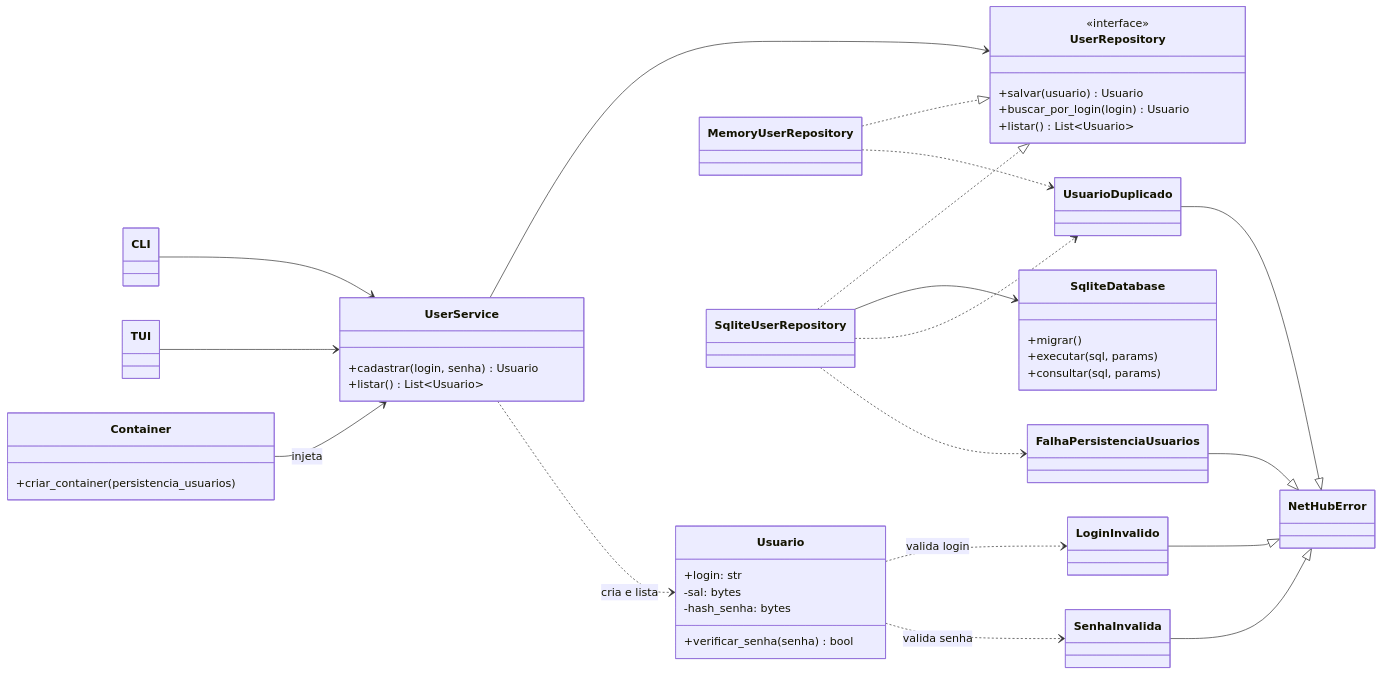
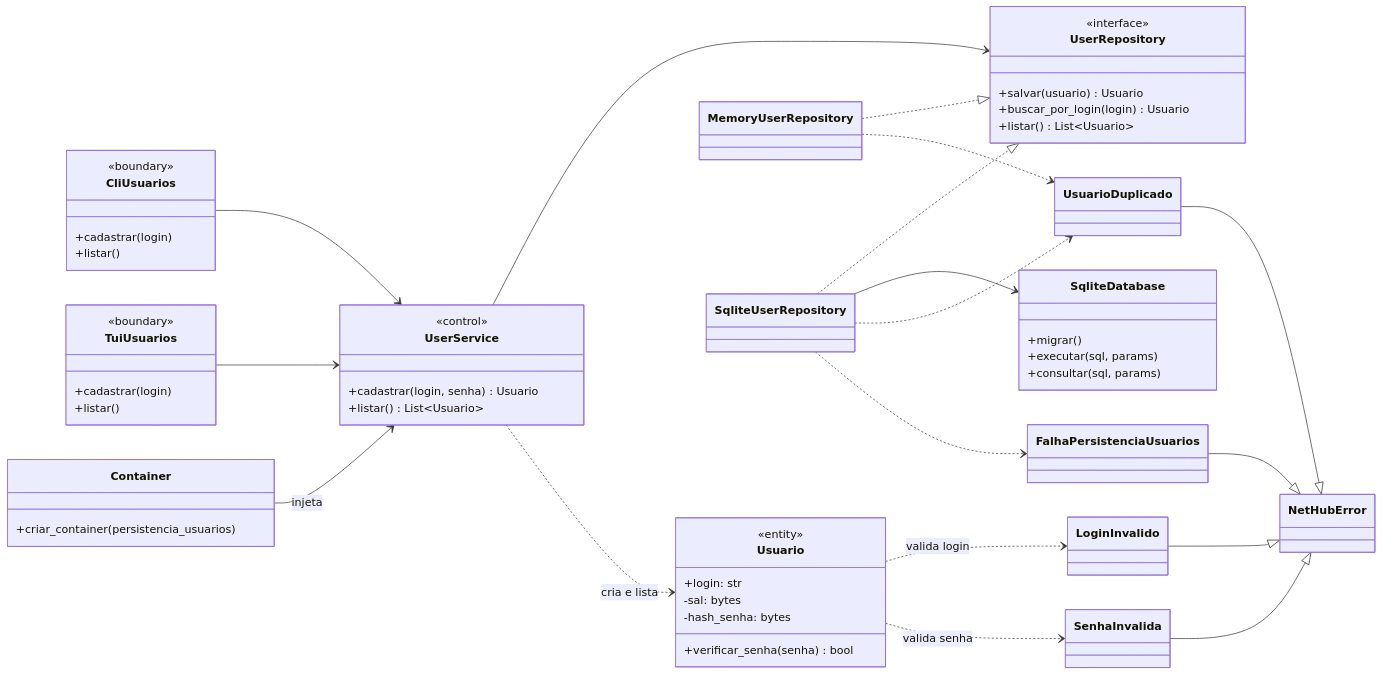
Before and after one commit to tupperwave/Projeto_MPS: the first of 2 diagrams in docs/05-analise.md, drawn with Mermaid. The commit also changed 6 other files, not shown here.

````diff
--- a/docs/05-analise.md
+++ b/docs/05-analise.md
@@ -11,56 +11,66 @@
 ```mermaid
 classDiagram
     direction LR
 
-    class CLI
-    class TUI
+    class CliUsuarios {
+        <<boundary>>
+        +cadastrar(login)
+        +listar()
+    }
+    class TuiUsuarios {
+        <<boundary>>
+        +cadastrar(login)
+        +listar()
+    }
     class Container {
         +criar_container(persistencia_usuarios)
     }
     class UserService {
+        <<control>>
         +cadastrar(login, senha) Usuario
         +listar() List~Usuario~
     }
     class UserRepository {
         <<interface>>
         +salvar(usuario) Usuario
         +buscar_por_login(login) Usuario
         +listar() List~Usuario~
     }
     class Usuario {
+        <<entity>>
         +login: str
         -sal: bytes
         -hash_senha: bytes
         +verificar_senha(senha) bool
     }
     class MemoryUserRepository
     class SqliteUserRepository
     class SqliteDatabase {
         +migrar()
         +executar(sql, params)
         +consultar(sql, params)
     }
     class LoginInvalido
     class SenhaInvalida
     class UsuarioDuplicado
     class FalhaPersistenciaUsuarios
     class NetHubError
 
-    CLI --> UserService
-    TUI --> UserService
+    CliUsuarios --> UserService
+    TuiUsuarios --> UserService
     Container --> UserService : injeta
     UserService --> UserRepository
     UserService ..> Usuario : cria e lista
     MemoryUserRepository ..|> UserRepository
     SqliteUserRepository ..|> UserRepository
     SqliteUserRepository --> SqliteDatabase
     LoginInvalido --|> NetHubError
     SenhaInvalida --|> NetHubError
     UsuarioDuplicado --|> NetHubError
     FalhaPersistenciaUsuarios --|> NetHubError
     Usuario ..> LoginInvalido : valida login
     Usuario ..> SenhaInvalida : valida senha
     MemoryUserRepository ..> UsuarioDuplicado
     SqliteUserRepository ..> UsuarioDuplicado
     SqliteUserRepository ..> FalhaPersistenciaUsuarios
 ```
````
